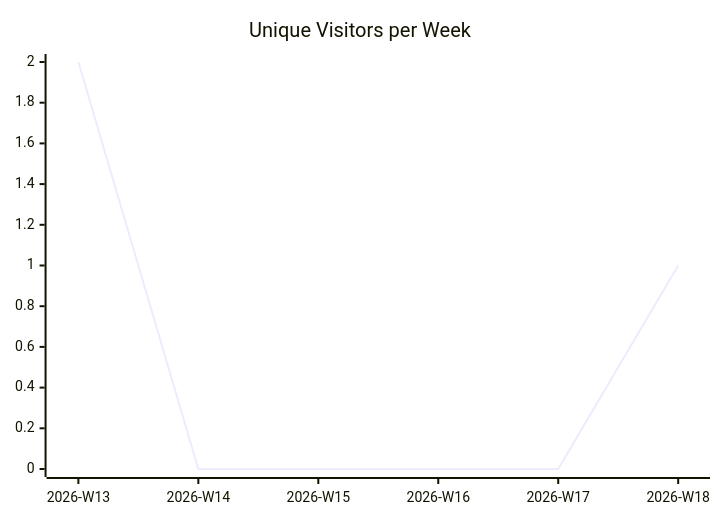
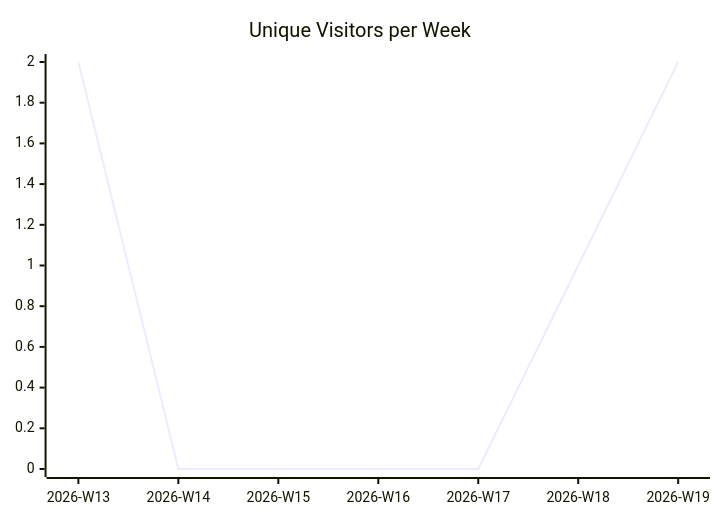
One commit to justdavis-family/github-analytics-data changed the first of 3 diagrams in karlmdavis/kxml2/README.md. Above: the diagram before and after it, drawn with Mermaid. The commit also changed other lines of this file and 187 other files, not shown here.

````diff
--- a/karlmdavis/kxml2/README.md
+++ b/karlmdavis/kxml2/README.md
@@ -5,6 +5,6 @@
 ```mermaid
 xychart-beta
   title "Unique Visitors per Week"
-  x-axis ["2026-W13", "2026-W14", "2026-W15", "2026-W16", "2026-W17", "2026-W18"]
-  line [2, 0, 0, 0, 0, 1]
+  x-axis ["2026-W13", "2026-W14", "2026-W15", "2026-W16", "2026-W17", "2026-W18", "2026-W19"]
+  line [2, 0, 0, 0, 0, 1, 2]
 ```
````
